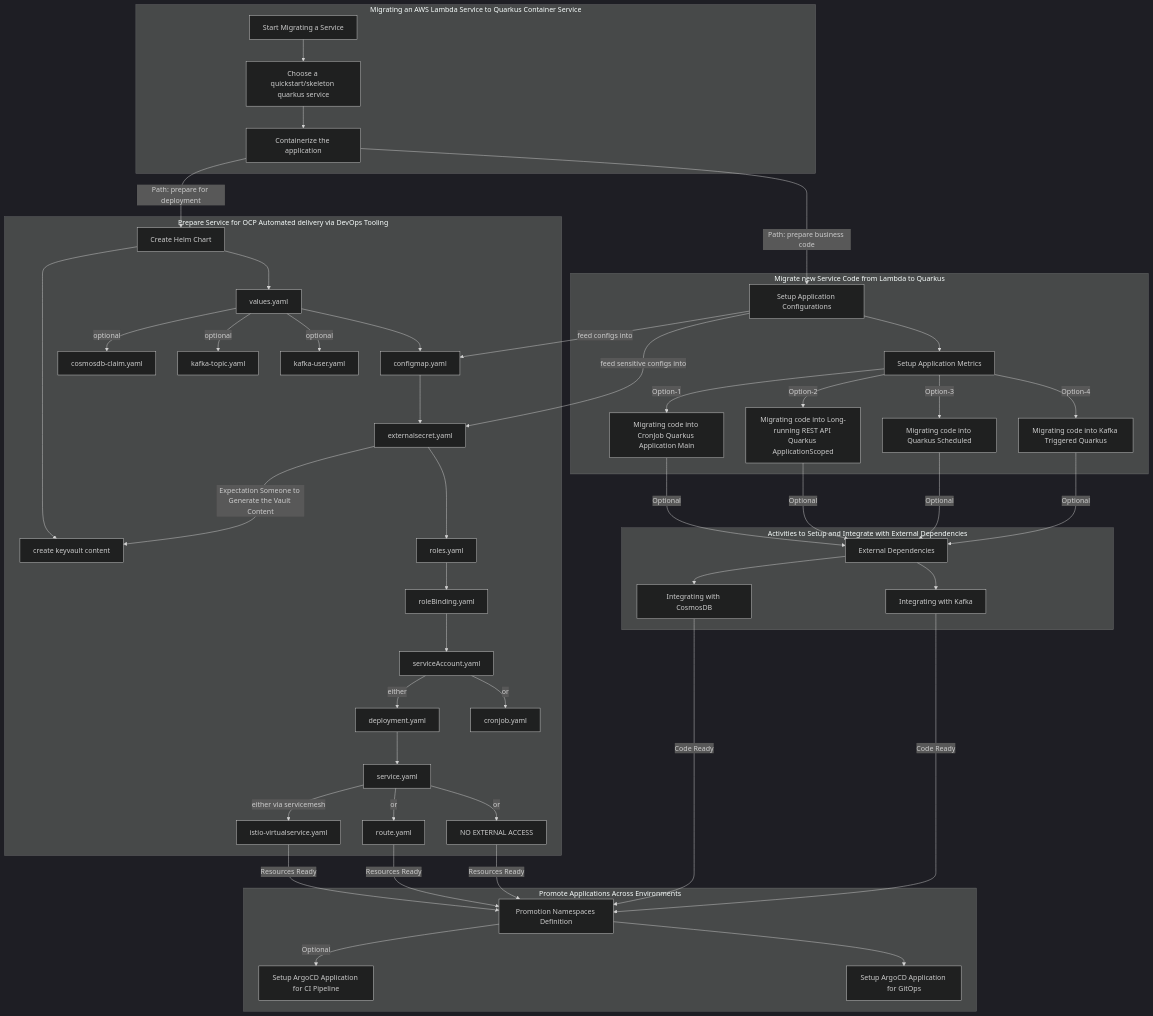
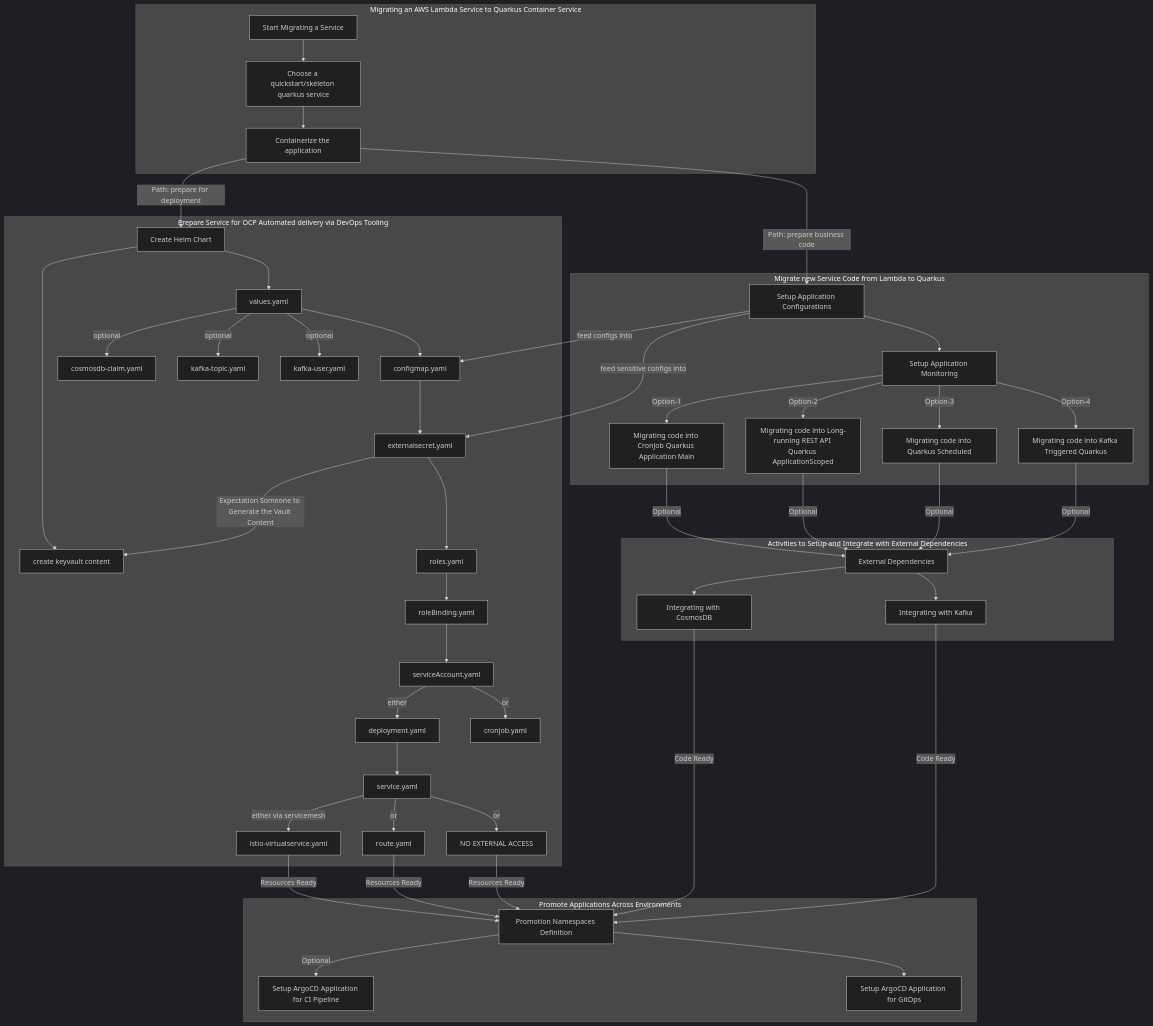
One commit to skoussou/aws-lambdas-to-azure-quarkus-containers changed the diagram in README.md. Above: the diagram before and after it, drawn with Mermaid (dark theme). The commit also changed 1 other file, not shown here.

Commit message:
guide text and cronjob quickstart text correction

````diff
--- a/README.md
+++ b/README.md
@@ -22,74 +22,74 @@
 ```mermaid
 graph TB
 
   subgraph "Promote Applications Across Environments"
   Node5a[Promotion Namespaces Definition]
   Node5a -- Optional --> Node5b[Setup ArgoCD Application for CI Pipeline]
   Node5a --> Node5c[Setup ArgoCD Application for GitOps]
   end
 
   subgraph "Prepare Service for OCP Automated delivery via DevOps Tooling"
   Node2b[Create Helm Chart]
   Node2b[Create Helm Charts] --> Node2c[create keyvault content]
   Node2b[Create Helm charts] --> Node2f[values.yaml]
   Node2f[values.yaml] -- optional --> Node2r[cosmosdb-claim.yaml]
   Node2f[values.yaml] -- optional --> Node2s[kafka-topic.yaml]
   Node2f[values.yaml] -- optional --> Node2d[kafka-user.yaml]
   Node2f[values.yaml] --> Node2g[configmap.yaml]
   Node2g[configmap.yaml] --> Node2h[externalsecret.yaml]
   Node2h[externalsecret.yaml] -- Expectation Someone to Generate the Vault Content --> Node2c[create keyvault content]
   Node2h[externalsecret.yaml] --> Node2i[roles.yaml]
   Node2i[roles.yaml] --> Node2j[roleBinding.yaml]
   Node2j[roleBinding.yaml] --> Node2k[serviceAccount.yaml]
   Node2k -- either  --> Node2l[deployment.yaml]
   Node2k -- or --> Node2q[cronjob.yaml]
   Node2l[deployment.yaml] --> Node2m[service.yaml]
   Node2m -- either via servicemesh --> Node2n[istio-virtualservice.yaml]
   Node2m -- or --> Node2o[route.yaml]
   Node2m -- or --> Node2p[NO EXTERNAL ACCESS]
   Node2n -- Resources Ready --> Node5a
   Node2o -- Resources Ready --> Node5a
   Node2p -- Resources Ready --> Node5a
   end
 
   subgraph "Activities to Setup and Integrate with External Dependencies"
   Node3a[External Dependencies]
   Node3a[External Dependencies] --> Node3b[Integrating with CosmosDB]
   Node3a[External Dependencies] --> Node3c[Integrating with Kafka]
   Node3b[Integrating with CosmosDB] -- Code Ready --> Node5a
   Node3c[Integrating with Kafka]  -- Code Ready --> Node5a
   click Node3b "https://github.com/skoussou/aws-lambdas-to-azure-quarkus-containers/-/tree/main/quickstart-lambda-to-quarkus-rest#code-migrations" "CosmosDB"
   click Node3c "https://github.com/skoussou/aws-lambdas-to-azure-quarkus-containers/blob/main/quickstart-lambda-to-quarkus-kafka/README.md#code-migrations" "Kafka"
   end
 
   subgraph "Migrate new Service Code from Lambda to Quarkus"
   Node1a[Setup Application Configurations]
   Node1a -- feed configs into --> Node2g[configmap.yaml]
   Node1a -- feed sensitive configs into --> Node2h[externalsecret.yaml]
-  Node1b[Setup Application Metrics]
-  Node1a --> Node1b[Setup Application Metrics]
+  Node1b[Setup Application Monitoring]
+  Node1a --> Node1b[Setup Application Monitoring]
   Node1b -- Option-1 --> Node1c[Migrating code into CronJob Quarkus Application Main]
   Node1b -- Option-2 --> Node1d[Migrating code into Long-running REST API Quarkus ApplicationScoped]
   Node1b -- Option-3 --> Node1e[Migrating code into Quarkus Scheduled]
   Node1b -- Option-4 --> Node1f[Migrating code into Kafka Triggered Quarkus]
   Node1c -- Optional --> Node3a[External Dependencies]
   Node1d -- Optional --> Node3a[External Dependencies]
   Node1e -- Optional --> Node3a[External Dependencies]
   Node1f -- Optional --> Node3a[External Dependencies]
   click Node1a "https://github.com/skoussou/aws-lambdas-to-azure-quarkus-containers/blob/main/how-to-docs/container-guidelines.md#a1---application-configuration" "App Configuration"
-  click Node1b "https://github.com/skoussou/aws-lambdas-to-azure-quarkus-containers/blob/main/how-to-docs/container-guidelines.md#a2---application-metrics" "Setup Application Metrics"
+  click Node1b "https://github.com/skoussou/aws-lambdas-to-azure-quarkus-containers/blob/main/how-to-docs/container-guidelines.md#a2---application-metrics" "Setup Application Monitoring"
   click Node1c "https://github.com/skoussou/aws-lambdas-to-azure-quarkus-containers/tree/main/quickstart-lambda-to-quarkus-cronjob#migrating-a-job-based-lambda-to-quarkus-application" "Start Migrating a CronJob"
   click Node1d "https://github.com/skoussou/aws-lambdas-to-azure-quarkus-containers/tree/main/quickstart-lambda-to-quarkus-rest#migrating-a-rest-api-based-lambda-to-quarkus-application" "Start Migrating a Rest Service"
   click Node1e "https://github.com/skoussou/aws-lambdas-to-azure-quarkus-containers/tree/main/quickstart-lambda-to-quarkus-scheduled#migrating-a-scheduled-based-repeatable-running-lambda-to-quarkus-application" "Start Migrating a Scheduled Service"
   click Node1f "https://github.com/skoussou/aws-lambdas-to-azure-quarkus-containers/blob/main/quickstart-lambda-to-quarkus-kafka/README.md#migrating-a-message-triggered-long-running-lambda-to-quarkus-application" "Start Migrating a Message Triggered Service"
   end
 
   subgraph "Migrating an AWS Lambda Service to Quarkus Container Service"
   Node1[Start Migrating a Service] --> Node2[Choose a quickstart/skeleton quarkus service]
   Node2[Choose a quickstart/skeleton quarkus service] --> Node3[Containerize the application]
   Node3[Containerize the application] -- Path: prepare for deployment --> Node2b[Create Helm Chart]
   Node3[Containerize the application] -- Path: prepare business code --> Node1a[Setup Application Configurations]
   click Node2 "https://github.com/skoussou/aws-lambdas-to-azure-quarkus-containers/blob/main/how-to-docs/lambda-to-quarkus-quickstarts.md#list-of-quickstarts-for-the-migration-of-lambdas-to-quarkus" "Choose Quickstart"
 
 end
 ```
````
